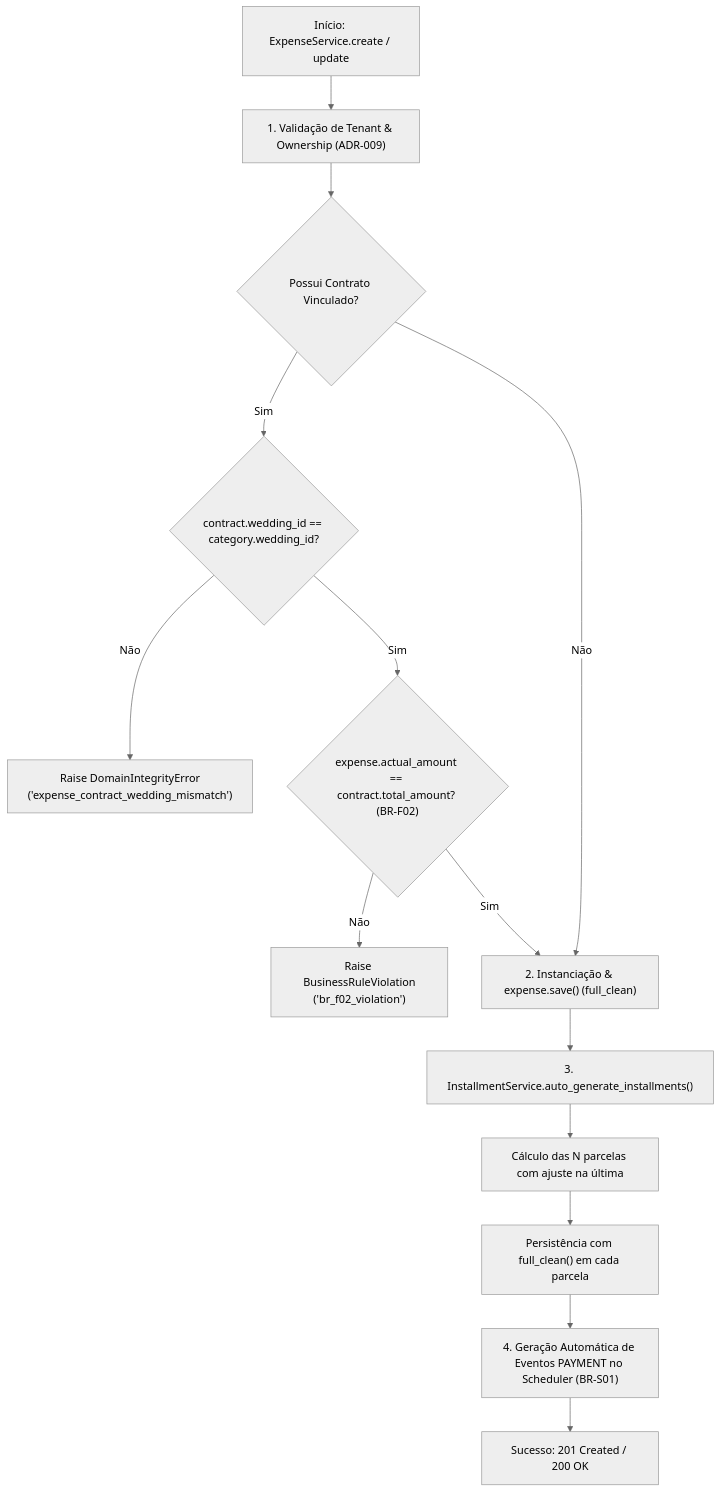
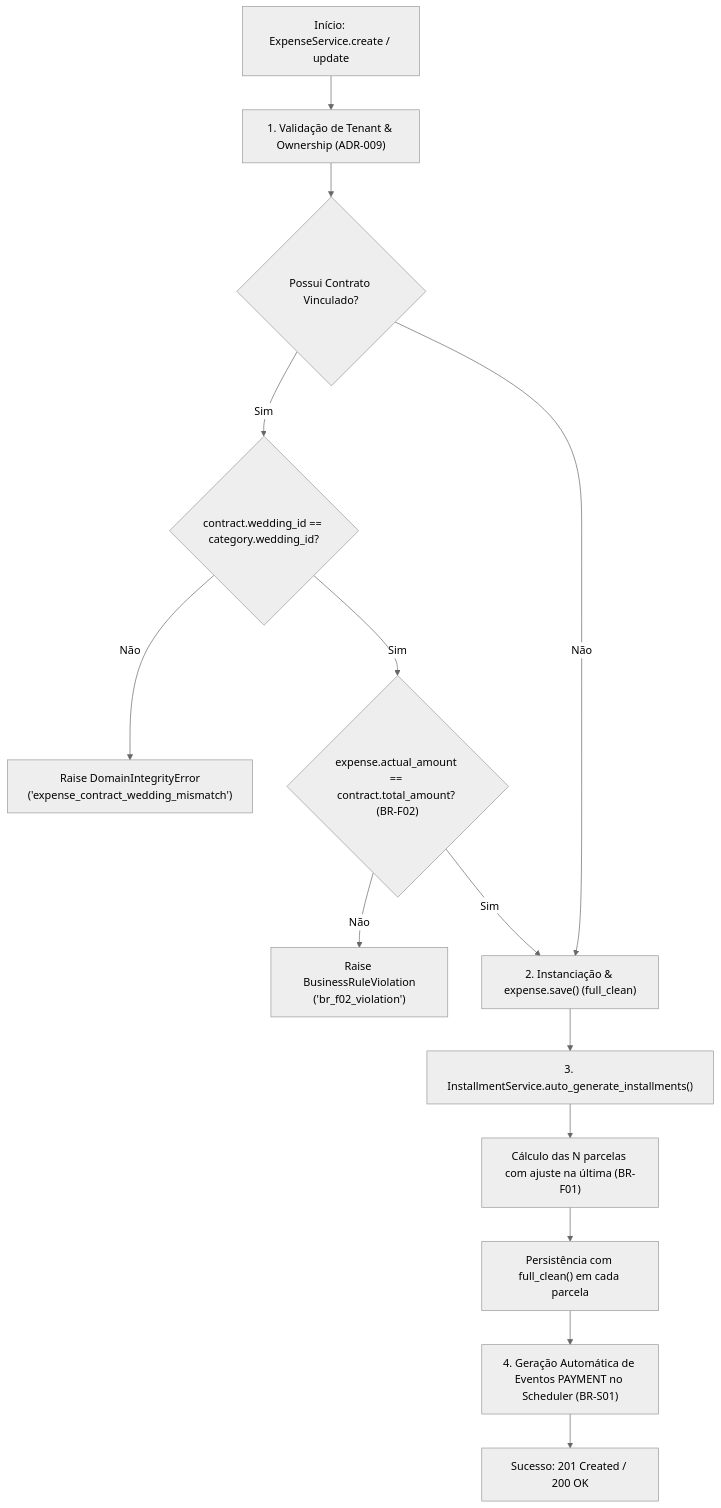
Before and after one commit to Rafaelp122/wedding_management: the diagram in docs/architecture/business-rules/finances/financial-integrity-rules.md, drawn with Mermaid (neutral theme). The commit also changed other lines of this file and 40 other files, not shown here.

````diff
--- a/docs/architecture/business-rules/finances/financial-integrity-rules.md
+++ b/docs/architecture/business-rules/finances/financial-integrity-rules.md
@@ -42,19 +46,19 @@
 ```mermaid
 graph TD
     A["Início: ExpenseService.create / update"] --> B["1. Validação de Tenant & Ownership (ADR-009)"]
     B --> C{"Possui Contrato Vinculado?"}
 
     C -->|Sim| D{"contract.wedding_id == category.wedding_id?"}
     D -->|Não| ERR1["Raise DomainIntegrityError<br/>('expense_contract_wedding_mismatch')"]
     D -->|Sim| E{"expense.actual_amount == contract.total_amount? (BR-F02)"}
     E -->|Não| ERR2["Raise BusinessRuleViolation<br/>('br_f02_violation')"]
 
     C -->|Não| F["2. Instanciação & expense.save() (full_clean)"]
     E -->|Sim| F
 
     F --> G["3. InstallmentService.auto_generate_installments()"]
-    G --> H["Cálculo das N parcelas com ajuste na última"]
+    G --> H["Cálculo das N parcelas com ajuste na última (BR-F01)"]
     H --> I["Persistência com full_clean() em cada parcela"]
     I --> J["4. Geração Automática de Eventos PAYMENT no Scheduler (BR-S01)"]
     J --> K["Sucesso: 201 Created / 200 OK"]
 ```
````
